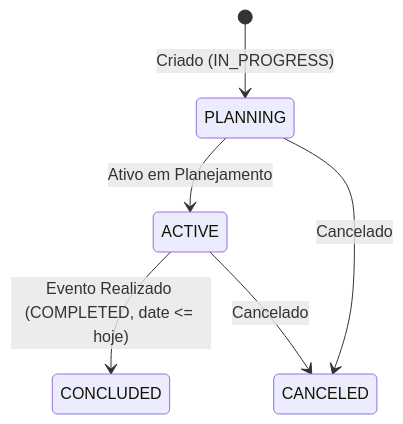
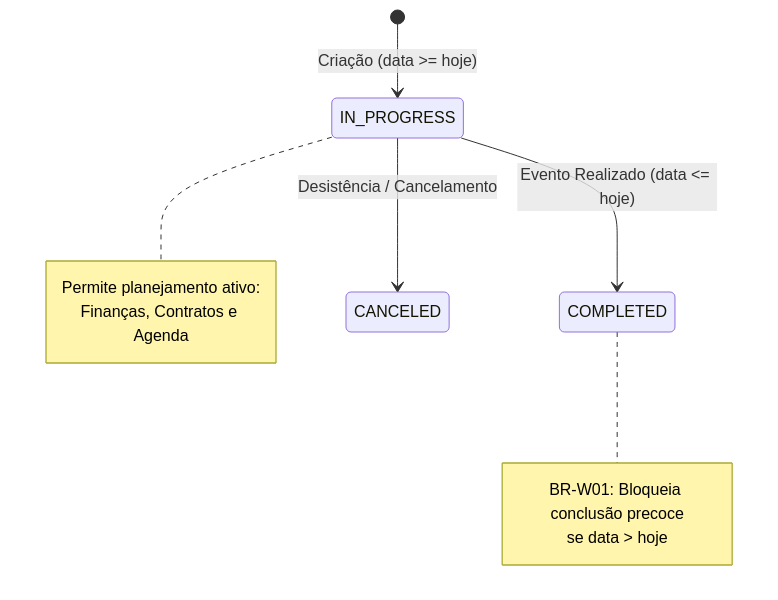
One commit to Rafaelp122/wedding_management changed the diagram in docs/architecture/business-rules/weddings/wedding-status-lifecycle.md. Above: the diagram before and after it, drawn with Mermaid. The commit also changed other lines of this file and 114 other files, not shown here.

````diff
--- a/docs/architecture/business-rules/weddings/wedding-status-lifecycle.md
+++ b/docs/architecture/business-rules/weddings/wedding-status-lifecycle.md
@@ -21,8 +41,16 @@
 ```mermaid
 stateDiagram-v2
-    [*] --> PLANNING : Criado (IN_PROGRESS)
-    PLANNING --> ACTIVE : Ativo em Planejamento
-    ACTIVE --> CONCLUDED : Evento Realizado (COMPLETED, date <= hoje)
-    PLANNING --> CANCELED : Cancelado
-    ACTIVE --> CANCELED : Cancelado
+    [*] --> IN_PROGRESS : Criação (data >= hoje)
+    IN_PROGRESS --> COMPLETED : Evento Realizado (data <= hoje)
+    IN_PROGRESS --> CANCELED : Desistência / Cancelamento
+
+    note right of COMPLETED
+        BR-W01: Bloqueia conclusão precoce
+        se data > hoje
+    end note
+
+    note right of IN_PROGRESS
+        Permite planejamento ativo:
+        Finanças, Contratos e Agenda
+    end note
 ```
````
